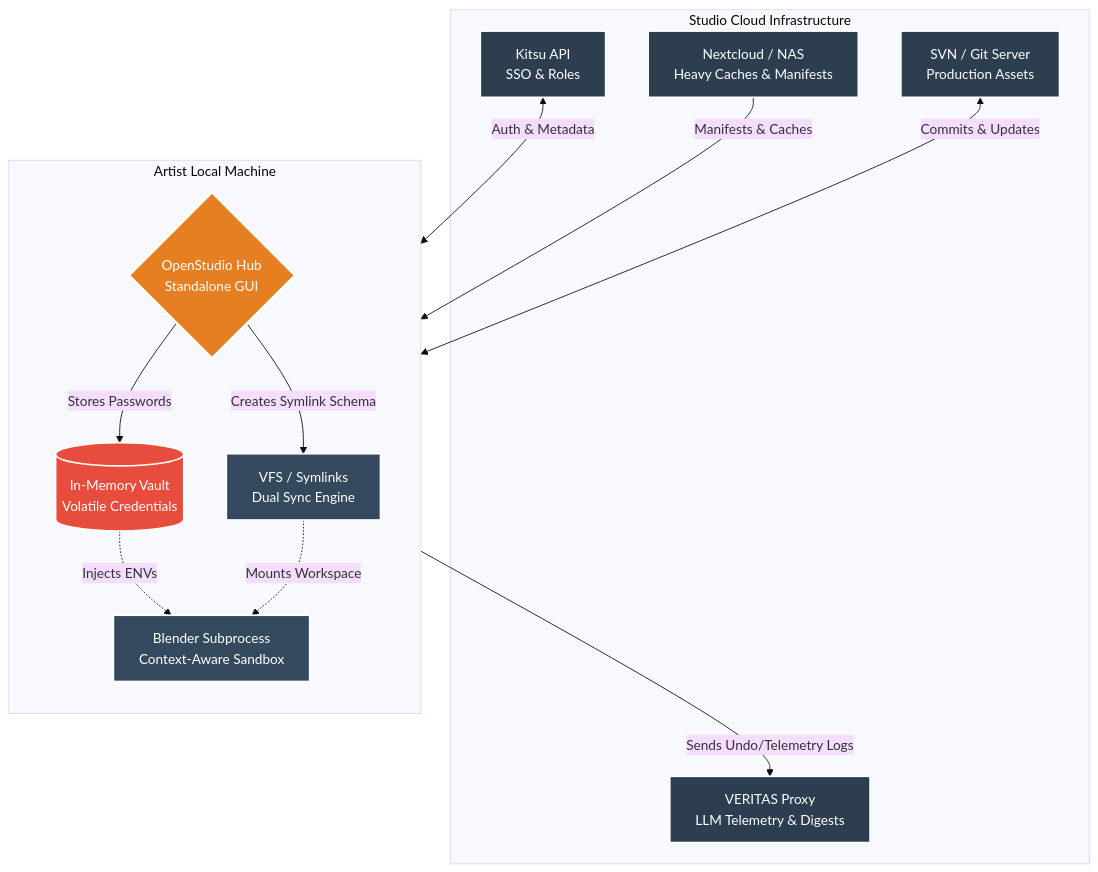
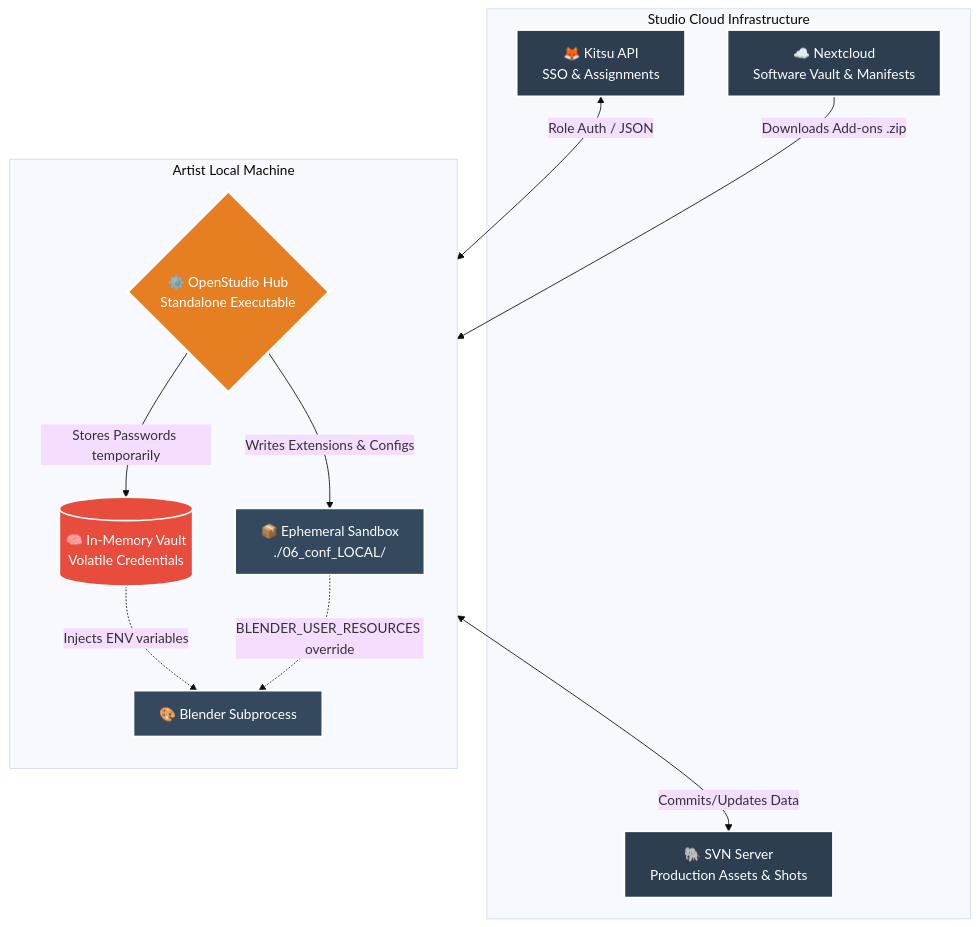
Before and after one commit to 3dvm/openstudio-hub: the first of 2 diagrams in README.md, drawn with Mermaid (base theme). The commit also changed other lines of this file and 11 other files, not shown here.

Commit message:
Release v0.2.0 & Init v0.3.0: Context-Aware Tooling, Blender 5.0+ Support & OpenStudio Rebranding

````diff
--- a/README.md
+++ b/README.md
@@ -37,38 +38,36 @@
 ```mermaid
 flowchart TD
     subgraph Cloud [Studio Cloud Infrastructure]
-        K[Kitsu API<br>SSO & Roles]
-        N[Nextcloud / NAS<br>Heavy Caches & Manifests]
-        S[SVN / Git Server<br>Production Assets]
-        P[VERITAS Proxy<br>LLM Telemetry & Digests]
+        K[🦊 Kitsu API<br>SSO & Assignments]
+        N[☁️ Nextcloud<br>Software Vault & Manifests]
+        S[🐘 SVN Server<br>Production Assets & Shots]
     end
 
     subgraph Workstation [Artist Local Machine]
         direction TB
-        MH{OpenStudio Hub<br>Standalone GUI}
-        RAM[(In-Memory Vault<br>Volatile Credentials)]
-        VFS[VFS / Symlinks<br>Dual Sync Engine]
-        DCC[Blender Subprocess<br>Context-Aware Sandbox]
+        MH{⚙️ OpenStudio Hub<br>Standalone Executable}
+        RAM[(🧠 In-Memory Vault<br>Volatile Credentials)]
+        SB[📦 Ephemeral Sandbox<br>./06_conf_LOCAL/]
+        DCC[🎨 Blender Subprocess]
     end
 
-    K <-->|Auth & Metadata| MH
-    N -->|Manifests & Caches| VFS
-    S <-->|Commits & Updates| VFS
-    MH -->|Creates Symlink Schema| VFS
-    MH -->|Stores Passwords| RAM
+    K <-->|Role Auth / JSON| MH
+    N -->|Downloads Add-ons .zip| MH
+    MH -->|Writes Extensions & Configs| SB
+    MH -->|Stores Passwords temporarily| RAM
     
-    RAM -.->|Injects ENVs| DCC
-    VFS -.->|Mounts Workspace| DCC
-    DCC -->|Sends Undo/Telemetry Logs| P
+    RAM -.->|Injects ENV variables| DCC
+    SB -.->|BLENDER_USER_RESOURCES override| DCC
+    DCC <-->|Commits/Updates Data| S
 
     classDef cloud fill:#2c3e50,stroke:#fff,stroke-width:2px,color:#fff;
     classDef local fill:#34495e,stroke:#fff,stroke-width:2px,color:#fff;
     classDef hub fill:#e67e22,stroke:#fff,stroke-width:3px,color:#fff;
     classDef security fill:#e74c3c,stroke:#fff,stroke-width:2px,color:#fff;
 
-    class K,N,S,P cloud;
-    class VFS,DCC local;
+    class K,N,S cloud;
+    class SB,DCC local;
     class MH hub;
     class RAM security;
 
 ```
````
